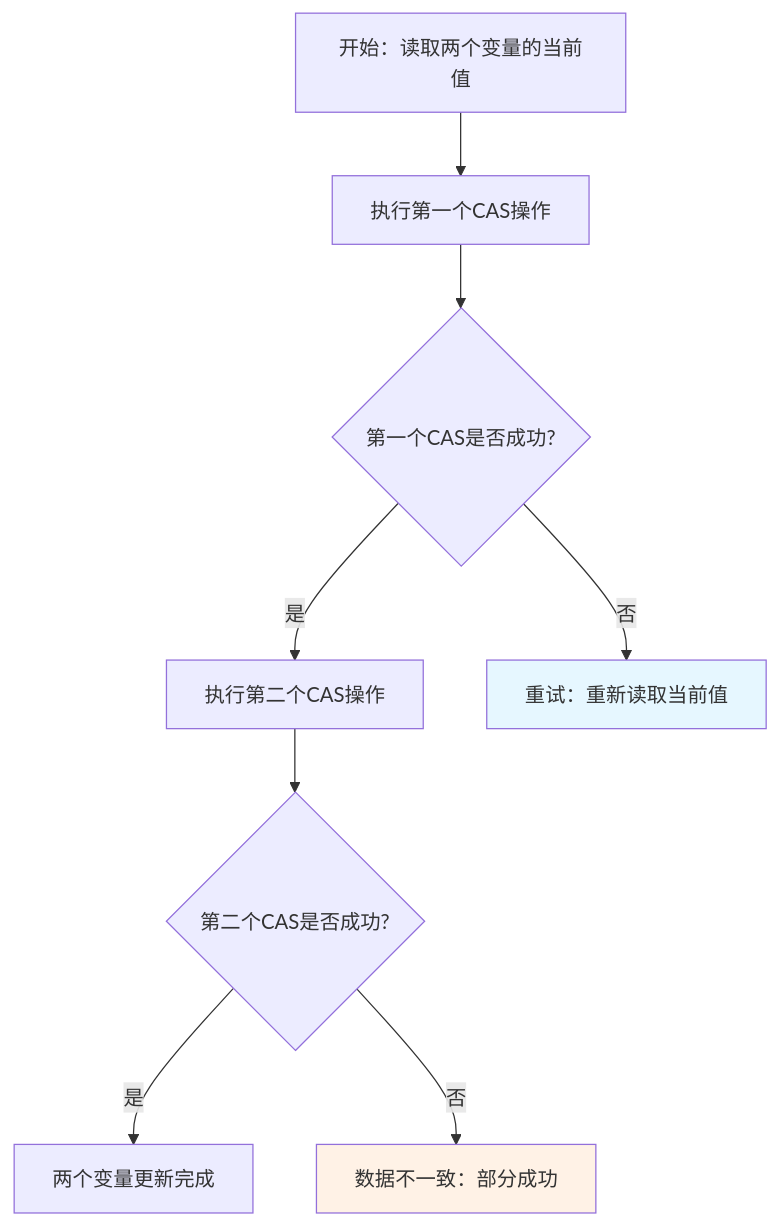
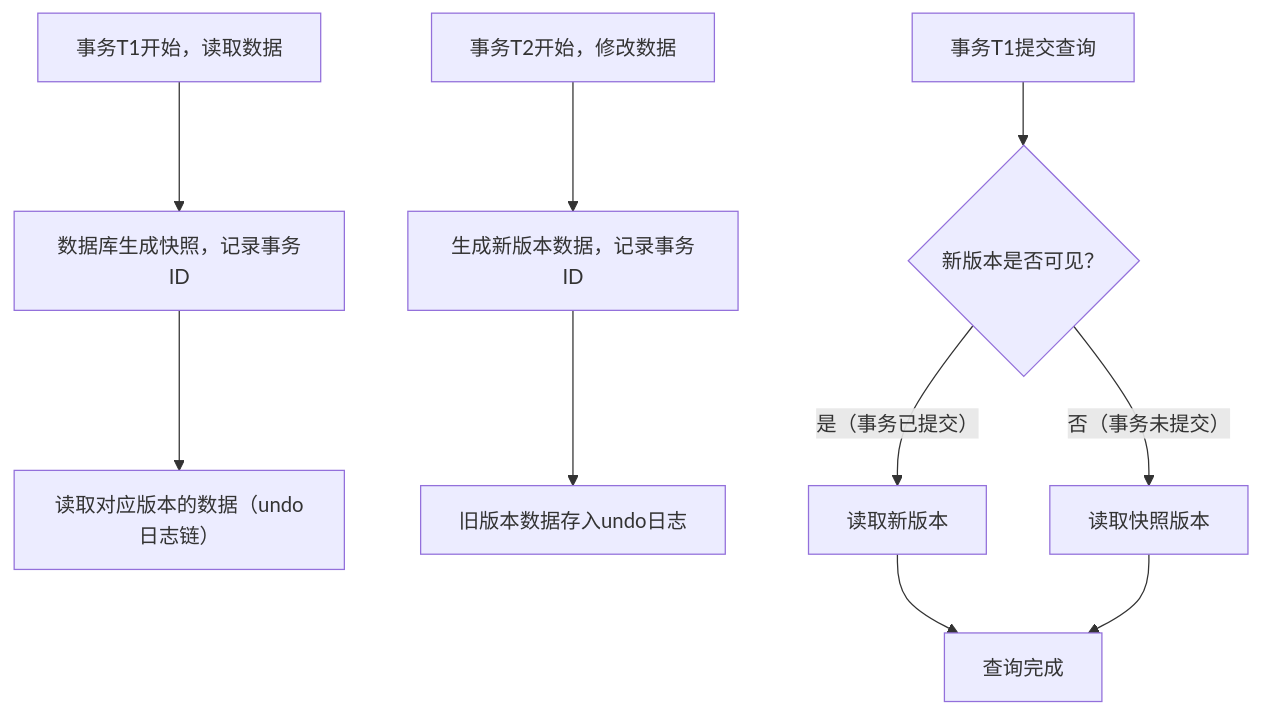
Before and after one commit to canaan-wang/canaan-wang.github.io: the third of 4 diagrams in 理论/数据库原理/锁/乐观锁.md, drawn with Mermaid. The commit also changed other lines of this file and 4 other files, not shown here.

````diff
--- a/理论/数据库原理/锁/乐观锁.md
+++ b/理论/数据库原理/锁/乐观锁.md
@@ -463,13 +106,12 @@
 ```mermaid
 graph TD
-    A["开始：读取两个变量的当前值"] --> B["执行第一个CAS操作"]
-    B --> C{"第一个CAS是否成功?"}
-    C -- "是" --> D["执行第二个CAS操作"]
-    D --> E{"第二个CAS是否成功?"}
-    E -- "是" --> F["两个变量更新完成"]
-    E -- "否" --> G["数据不一致：部分成功"]
-    C -- "否" --> H["重试：重新读取当前值"]
-    
-    style G fill:#fff2e6
-    style H fill:#e6f7ff
+    A["事务T1开始，读取数据"] --> B["数据库生成快照，记录事务ID"]
+    B --> C["读取对应版本的数据（undo日志链）"]
+    D["事务T2开始，修改数据"] --> E["生成新版本数据，记录事务ID"]
+    E --> F["旧版本数据存入undo日志"]
+    G["事务T1提交查询"] --> H{"新版本是否可见？"}
+    H -->|是（事务已提交）| I["读取新版本"]
+    H -->|否（事务未提交）| J["读取快照版本"]
+    I --> K["查询完成"]
+    J --> K
 ```
````
